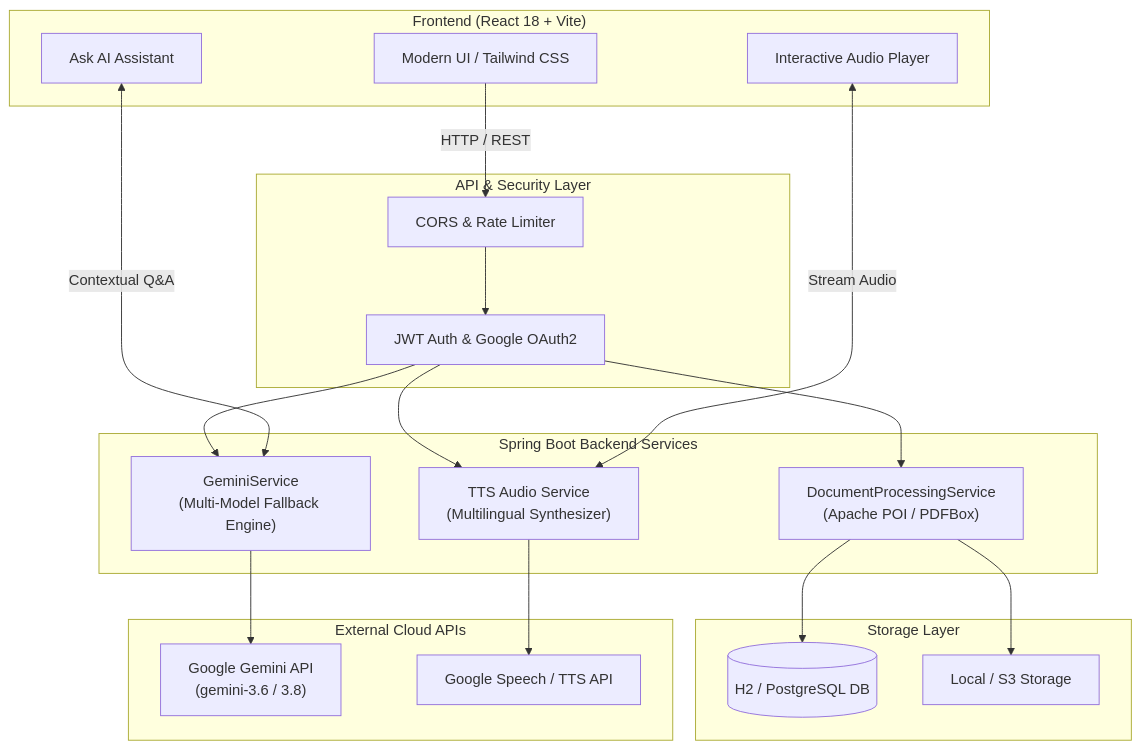
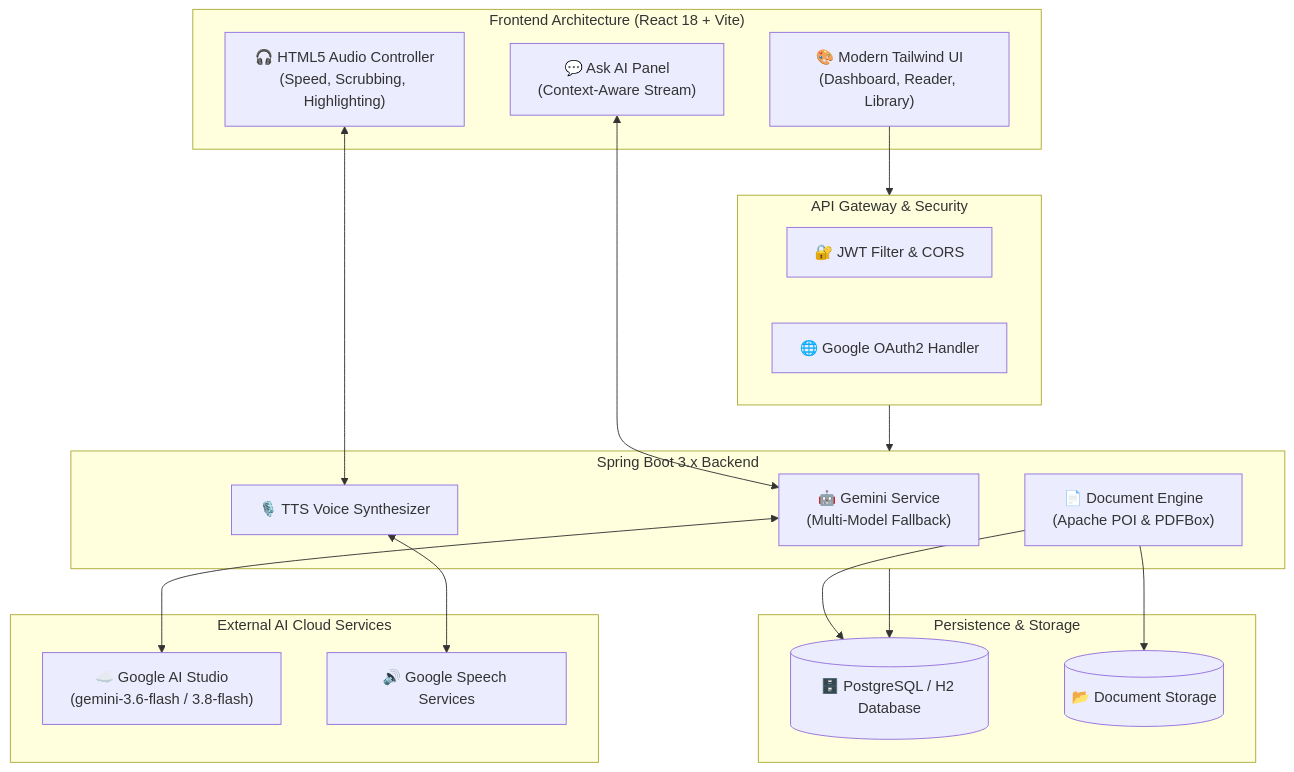
Before and after one commit to Amitesh-cyber/docvoice-: the diagram in README.md, drawn with Mermaid. The commit also changed other lines of this file and 2 other files, not shown here.

Commit message:
feat(frontend): add vercel SPA routing configuration and dynamic API baseURL

````diff
--- a/README.md
+++ b/README.md
@@ -37,39 +39,40 @@
 ```mermaid
-flowchart TD
-    subgraph Client["Frontend (React 18 + Vite)"]
-        UI["Modern UI / Tailwind CSS"]
-        Player["Interactive Audio Player"]
-        Chat["Ask AI Assistant"]
+flowchart TB
+    subgraph Client["Frontend Architecture (React 18 + Vite)"]
+        UI["🎨 Modern Tailwind UI\n(Dashboard, Reader, Library)"]
+        AudioEngine["🎧 HTML5 Audio Controller\n(Speed, Scrubbing, Highlighting)"]
+        ChatEngine["💬 Ask AI Panel\n(Context-Aware Stream)"]
     end
 
-    subgraph Gateway["API & Security Layer"]
-        CORS["CORS & Rate Limiter"]
-        JWT["JWT Auth & Google OAuth2"]
+    subgraph Security["API Gateway & Security"]
+        Filter["🔐 JWT Filter & CORS"]
+        OAuth["🌐 Google OAuth2 Handler"]
     end
 
-    subgraph Backend["Spring Boot Backend Services"]
-        DOC["DocumentProcessingService\n(Apache POI / PDFBox)"]
-        GEMINI["GeminiService\n(Multi-Model Fallback Engine)"]
-        TTS["TTS Audio Service\n(Multilingual Synthesizer)"]
+    subgraph Services["Spring Boot 3.x Backend"]
+        Parser["📄 Document Engine\n(Apache POI & PDFBox)"]
+        AI["🤖 Gemini Service\n(Multi-Model Fallback)"]
+        TTS["🎙️ TTS Voice Synthesizer"]
     end
 
-    subgraph Data["Storage Layer"]
-        DB[(H2 / PostgreSQL DB)]
-        STORAGE[Local / S3 Storage]
+    subgraph Data["Persistence & Storage"]
+        DB[("🗄️ PostgreSQL / H2 Database")]
+        Storage[("📂 Document Storage")]
     end
 
-    subgraph External["External Cloud APIs"]
-        G_AI["Google Gemini API\n(gemini-3.6 / 3.8)"]
-        G_TTS["Google Speech / TTS API"]
+    subgraph Cloud["External AI Cloud Services"]
+        GeminiCloud["☁️ Google AI Studio\n(gemini-3.6-flash / 3.8-flash)"]
+        SpeechCloud["🔊 Google Speech Services"]
     end
 
-    UI -->|HTTP / REST| CORS --> JWT
-    JWT --> DOC
-    JWT --> GEMINI
-    JWT --> TTS
-    DOC --> DB & STORAGE
-    GEMINI --> G_AI
-    TTS --> G_TTS
-    Player <-->|Stream Audio| TTS
-    Chat <-->|Contextual Q&A| GEMINI
+    UI --> Security
+    AudioEngine <--> TTS
+    ChatEngine <--> AI
+
+    Security --> Services
+    Parser --> Storage
+    Parser --> DB
+    AI <--> GeminiCloud
+    TTS <--> SpeechCloud
+    Services --> DB
 ```
````
